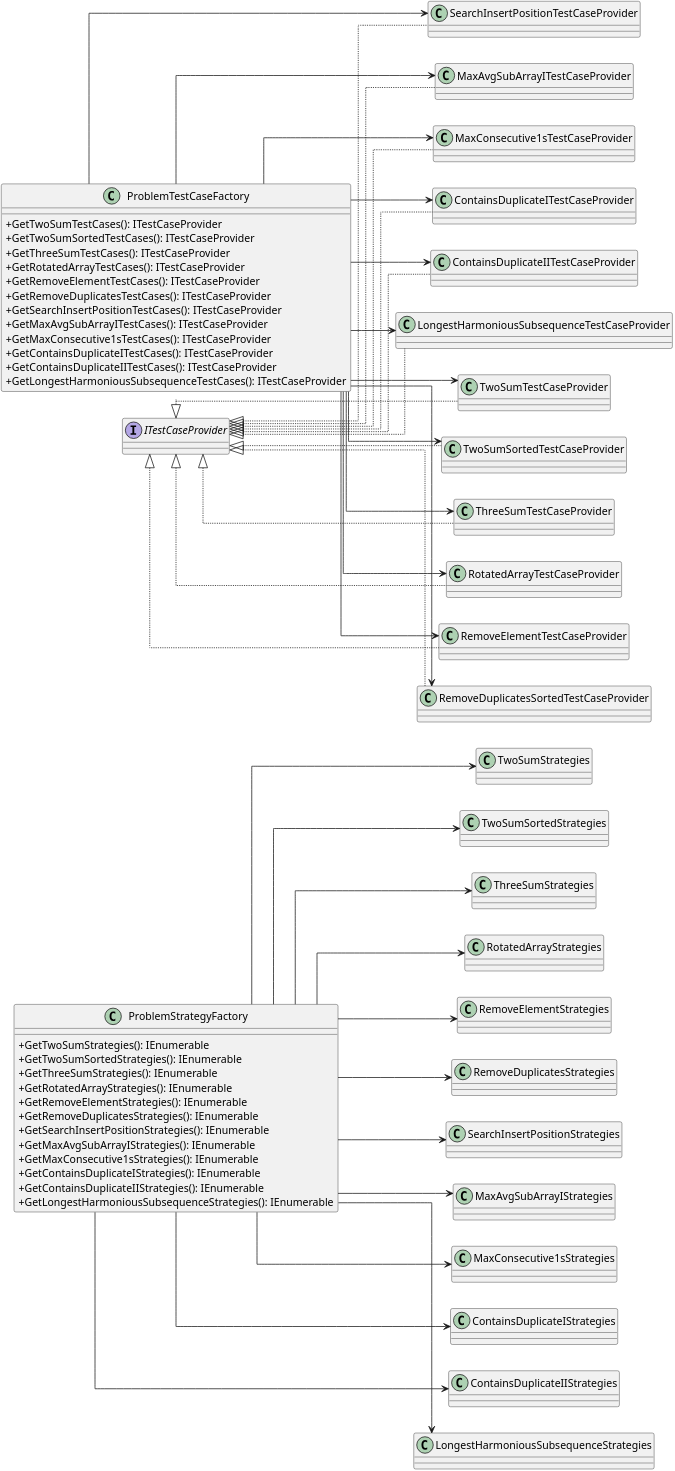
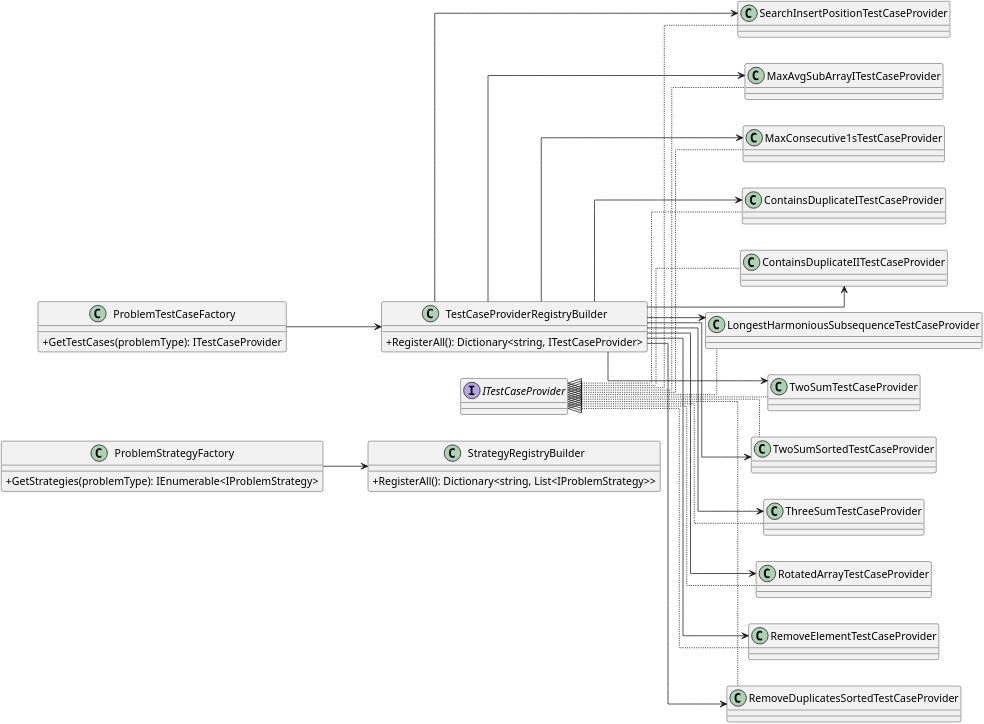
Before and after one commit to abhimanyu-builds/Leetcode: the diagram in Leetcode/Documentation/diagrams/class-factories.puml, drawn with PlantUML. The commit also changed 7 other files, not shown here.

```diff
--- a/Leetcode/Documentation/diagrams/class-factories.puml
+++ b/Leetcode/Documentation/diagrams/class-factories.puml
@@ -1,95 +1,56 @@
 @startuml class-factories
 skinparam classAttributeIconSize 0
 skinparam shadowing false
 skinparam linetype ortho
 skinparam dpi 300
 left to right direction
 scale 1.5
 
 ' === Strategy Factory ===
 class ProblemStrategyFactory {
-    + GetTwoSumStrategies(): IEnumerable
-    + GetTwoSumSortedStrategies(): IEnumerable
-    + GetThreeSumStrategies(): IEnumerable
-    + GetRotatedArrayStrategies(): IEnumerable
-    + GetRemoveElementStrategies(): IEnumerable
-    + GetRemoveDuplicatesStrategies(): IEnumerable
-    + GetSearchInsertPositionStrategies(): IEnumerable
-    + GetMaxAvgSubArrayIStrategies(): IEnumerable
-    + GetMaxConsecutive1sStrategies(): IEnumerable
-    + GetContainsDuplicateIStrategies(): IEnumerable
-    + GetContainsDuplicateIIStrategies(): IEnumerable
-    + GetLongestHarmoniousSubsequenceStrategies(): IEnumerable
+    + GetStrategies(problemType): IEnumerable<IProblemStrategy>
+}
+class StrategyRegistryBuilder {
+    + RegisterAll(): Dictionary<string, List<IProblemStrategy>>
 }
 
-' === Strategy Registrars ===
-class TwoSumStrategies
-class TwoSumSortedStrategies
-class ThreeSumStrategies
-class RotatedArrayStrategies
-class RemoveElementStrategies
-class RemoveDuplicatesStrategies
-class SearchInsertPositionStrategies
-class MaxAvgSubArrayIStrategies
-class MaxConsecutive1sStrategies
-class ContainsDuplicateIStrategies
-class ContainsDuplicateIIStrategies
-class LongestHarmoniousSubsequenceStrategies
-
-ProblemStrategyFactory --> TwoSumStrategies
-ProblemStrategyFactory --> TwoSumSortedStrategies
-ProblemStrategyFactory --> ThreeSumStrategies
-ProblemStrategyFactory --> RotatedArrayStrategies
-ProblemStrategyFactory --> RemoveElementStrategies
-ProblemStrategyFactory --> RemoveDuplicatesStrategies
-ProblemStrategyFactory --> SearchInsertPositionStrategies
-ProblemStrategyFactory --> MaxAvgSubArrayIStrategies
-ProblemStrategyFactory --> MaxConsecutive1sStrategies
-ProblemStrategyFactory --> ContainsDuplicateIStrategies
-ProblemStrategyFactory --> ContainsDuplicateIIStrategies
-ProblemStrategyFactory --> LongestHarmoniousSubsequenceStrategies
+ProblemStrategyFactory --> StrategyRegistryBuilder
 
 ' === Test Case Factory ===
 class ProblemTestCaseFactory {
-    + GetTwoSumTestCases(): ITestCaseProvider
-    + GetTwoSumSortedTestCases(): ITestCaseProvider
-    + GetThreeSumTestCases(): ITestCaseProvider
-    + GetRotatedArrayTestCases(): ITestCaseProvider
-    + GetRemoveElementTestCases(): ITestCaseProvider
-    + GetRemoveDuplicatesTestCases(): ITestCaseProvider
-    + GetSearchInsertPositionTestCases(): ITestCaseProvider
-    + GetMaxAvgSubArrayITestCases(): ITestCaseProvider
-    + GetMaxConsecutive1sTestCases(): ITestCaseProvider
-    + GetContainsDuplicateITestCases(): ITestCaseProvider
-    + GetContainsDuplicateIITestCases(): ITestCaseProvider
-    + GetLongestHarmoniousSubsequenceTestCases(): ITestCaseProvider
+    + GetTestCases(problemType): ITestCaseProvider
 }
+class TestCaseProviderRegistryBuilder {
+    + RegisterAll(): Dictionary<string, ITestCaseProvider>
+}
+
+ProblemTestCaseFactory --> TestCaseProviderRegistryBuilder
 
 ' === Test Case Providers ===
 class TwoSumTestCaseProvider implements ITestCaseProvider
 class TwoSumSortedTestCaseProvider implements ITestCaseProvider
 class ThreeSumTestCaseProvider implements ITestCaseProvider
 class RotatedArrayTestCaseProvider implements ITestCaseProvider
 class RemoveElementTestCaseProvider implements ITestCaseProvider
 class RemoveDuplicatesSortedTestCaseProvider implements ITestCaseProvider
 class SearchInsertPositionTestCaseProvider implements ITestCaseProvider
 class MaxAvgSubArrayITestCaseProvider implements ITestCaseProvider
 class MaxConsecutive1sTestCaseProvider implements ITestCaseProvider
 class ContainsDuplicateITestCaseProvider implements ITestCaseProvider
 class ContainsDuplicateIITestCaseProvider implements ITestCaseProvider
 class LongestHarmoniousSubsequenceTestCaseProvider implements ITestCaseProvider
 
-ProblemTestCaseFactory --> TwoSumTestCaseProvider
-ProblemTestCaseFactory --> TwoSumSortedTestCaseProvider
-ProblemTestCaseFactory --> ThreeSumTestCaseProvider
-ProblemTestCaseFactory --> RotatedArrayTestCaseProvider
-ProblemTestCaseFactory --> RemoveElementTestCaseProvider
-ProblemTestCaseFactory --> RemoveDuplicatesSortedTestCaseProvider
-ProblemTestCaseFactory --> SearchInsertPositionTestCaseProvider
-ProblemTestCaseFactory --> MaxAvgSubArrayITestCaseProvider
-ProblemTestCaseFactory --> MaxConsecutive1sTestCaseProvider
-ProblemTestCaseFactory --> ContainsDuplicateITestCaseProvider
-ProblemTestCaseFactory --> ContainsDuplicateIITestCaseProvider
-ProblemTestCaseFactory --> LongestHarmoniousSubsequenceTestCaseProvider
+TestCaseProviderRegistryBuilder --> TwoSumTestCaseProvider
+TestCaseProviderRegistryBuilder --> TwoSumSortedTestCaseProvider
+TestCaseProviderRegistryBuilder --> ThreeSumTestCaseProvider
+TestCaseProviderRegistryBuilder --> RotatedArrayTestCaseProvider
+TestCaseProviderRegistryBuilder --> RemoveElementTestCaseProvider
+TestCaseProviderRegistryBuilder --> RemoveDuplicatesSortedTestCaseProvider
+TestCaseProviderRegistryBuilder --> SearchInsertPositionTestCaseProvider
+TestCaseProviderRegistryBuilder --> MaxAvgSubArrayITestCaseProvider
+TestCaseProviderRegistryBuilder --> MaxConsecutive1sTestCaseProvider
+TestCaseProviderRegistryBuilder --> ContainsDuplicateITestCaseProvider
+TestCaseProviderRegistryBuilder --> ContainsDuplicateIITestCaseProvider
+TestCaseProviderRegistryBuilder --> LongestHarmoniousSubsequenceTestCaseProvider
 
 @enduml
```
